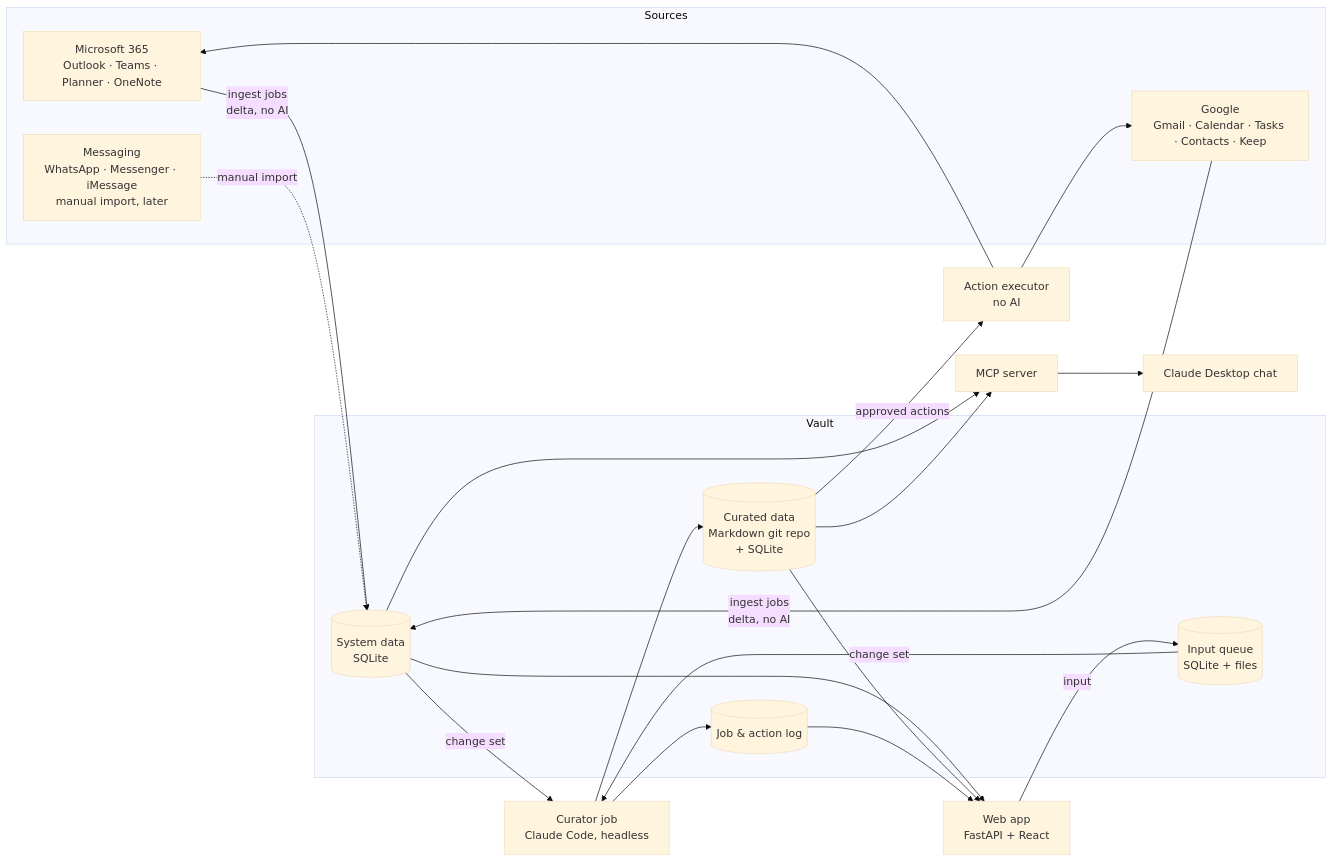
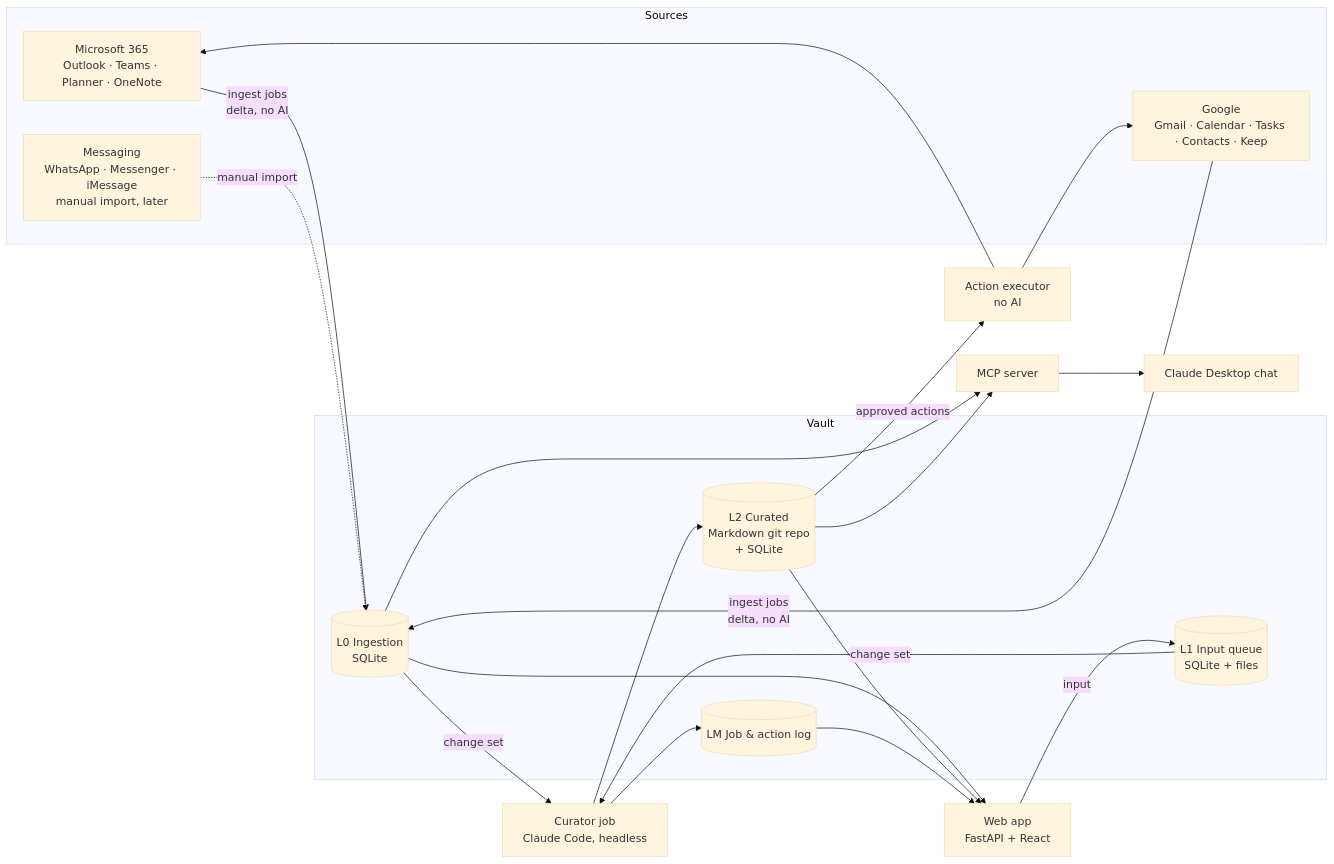
The diagram in other/REQUIREMENTS.md (adamposledni/ap-bubble), drawn with Mermaid (base theme) before and after one commit. The commit also changed other lines of this file and 5 other files, not shown here.

````diff
--- a/other/REQUIREMENTS.md
+++ b/other/REQUIREMENTS.md
@@ -36,25 +40,25 @@
 ```mermaid
 flowchart LR
   subgraph Sources
     MS[Microsoft 365<br/>Outlook · Teams · Planner · OneNote]
     G[Google<br/>Gmail · Calendar · Tasks · Contacts · Keep]
     MSG[Messaging<br/>WhatsApp · Messenger · iMessage<br/>manual import, later]
   end
 
   subgraph Vault
-    SYS[(System data<br/>SQLite)]
-    Q[(Input queue<br/>SQLite + files)]
-    CUR[(Curated data<br/>Markdown git repo<br/>+ SQLite)]
-    LOG[(Job & action log)]
+    SYS[(L0 Ingestion<br/>SQLite)]
+    Q[(L1 Input queue<br/>SQLite + files)]
+    CUR[(L2 Curated<br/>Markdown git repo<br/>+ SQLite)]
+    LOG[(LM Job & action log)]
   end
 
   MS & G -->|ingest jobs<br/>delta, no AI| SYS
   MSG -.->|manual import| SYS
   WEB[Web app<br/>FastAPI + React] -->|input| Q
   SYS & Q -->|change set| CUR_JOB[Curator job<br/>Claude Code, headless]
   CUR_JOB --> CUR
   CUR_JOB --> LOG
   SYS & CUR & LOG --> WEB
   SYS & CUR --> MCP[MCP server] --> CHAT[Claude Desktop chat]
   CUR -->|approved actions| EXEC[Action executor<br/>no AI] --> MS & G
 ```
````
